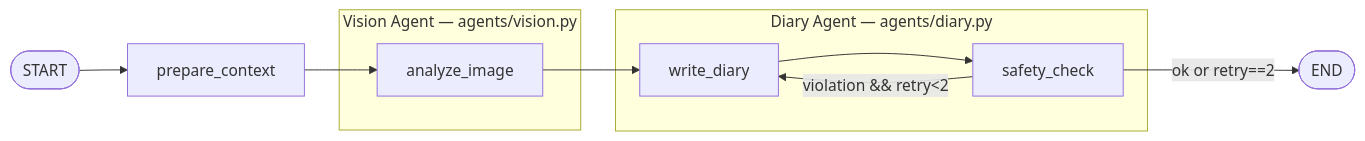
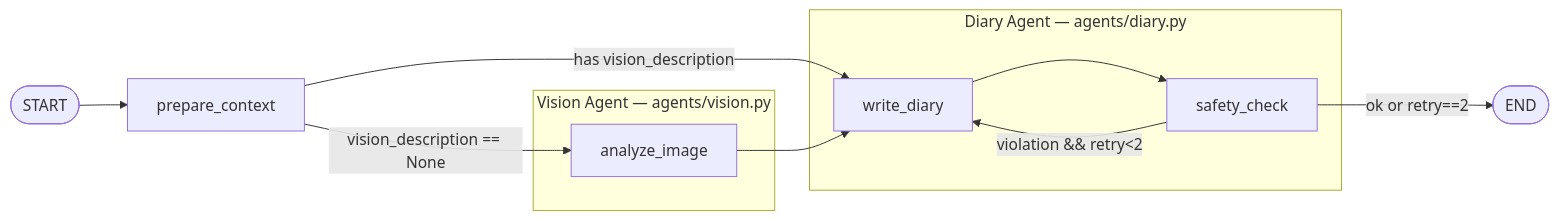
The diagram in arch.md (sw-maestro-ai-36/cat-dog-diary), drawn with Mermaid before and after one commit. The commit also changed other lines of this file, not shown here.

First line of the commit message:
docs: arch.md를 vision 영속화 + skip 분기 토폴로지로 갱신

````diff
--- a/arch.md
+++ b/arch.md
@@ -9,19 +9,20 @@
 ```mermaid
 flowchart LR
     START([START]) --> P[prepare_context]
 
     subgraph V[Vision Agent — agents/vision.py]
         AI[analyze_image]
     end
 
     subgraph D[Diary Agent — agents/diary.py]
         WD[write_diary]
         SC[safety_check]
     end
 
-    P --> AI
+    P -- vision_description == None --> AI
+    P -- has vision_description --> WD
     AI --> WD
     WD --> SC
     SC -- violation && retry<2 --> WD
     SC -- ok or retry==2 --> END([END])
 ```
````
